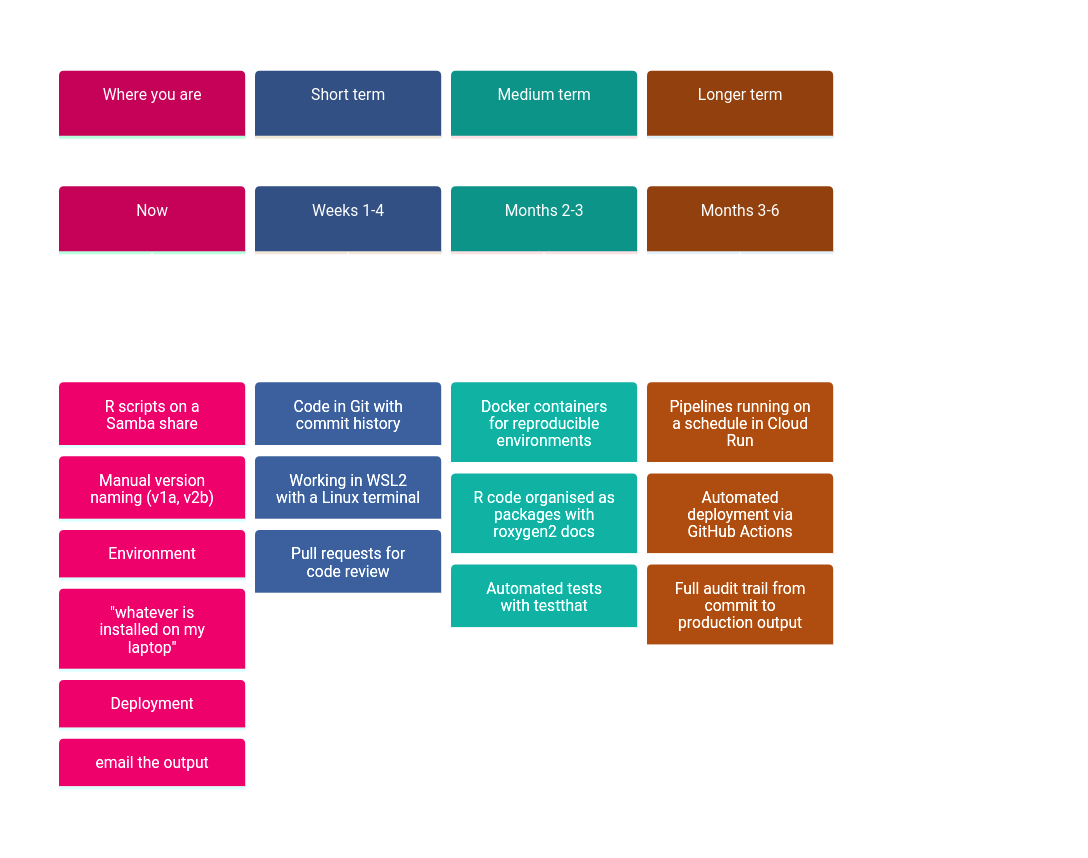
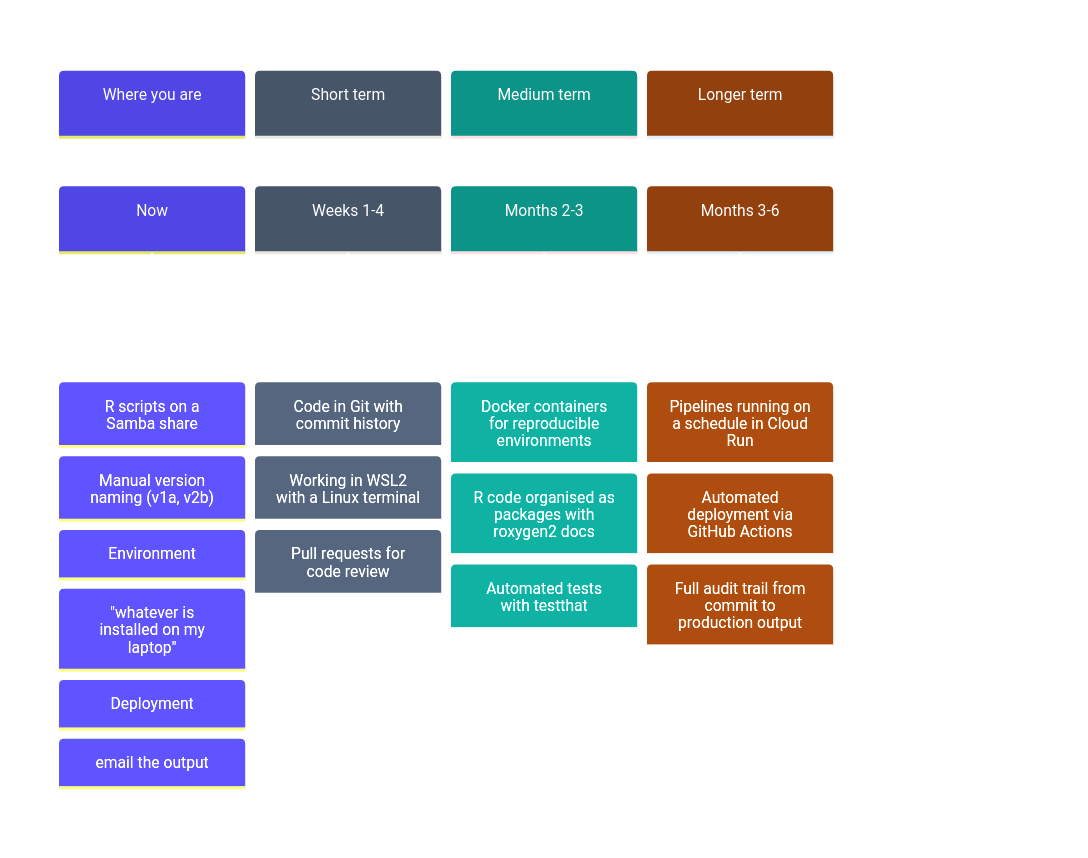
Before and after one commit to Ch3w3y/docker_gcp: the third of 3 diagrams in docs/case-for-change.md, drawn with Mermaid. The commit also changed other lines of this file and 12 other files, not shown here.

````diff
--- a/docs/case-for-change.md
+++ b/docs/case-for-change.md
@@ -160,30 +160,30 @@
 ```mermaid
 %%{init: {'theme': 'base', 'themeVariables': {
-  'cScale0': '#c60158',
-  'cScale1': '#325083',
+  'cScale0': '#4f46e5',
+  'cScale1': '#475569',
   'cScale2': '#0d9488',
   'cScale3': '#92400e',
   'primaryTextColor': '#ffffff',
   'secondaryTextColor': '#ffffff',
   'tertiaryTextColor': '#ffffff'
 }}}%%
 timeline
     title The journey from shared drives to cloud pipelines
     section Where you are
         Now : R scripts on a Samba share
              : Manual version naming (v1a, v2b)
              : Environment: "whatever is installed on my laptop"
              : Deployment: email the output
     section Short term
         Weeks 1-4 : Code in Git with commit history
                   : Working in WSL2 with a Linux terminal
                   : Pull requests for code review
     section Medium term
         Months 2-3 : Docker containers for reproducible environments
                    : R code organised as packages with roxygen2 docs
                    : Automated tests with testthat
     section Longer term
         Months 3-6 : Pipelines running on a schedule in Cloud Run
                    : Automated deployment via GitHub Actions
                    : Full audit trail from commit to production output
 ```
````
